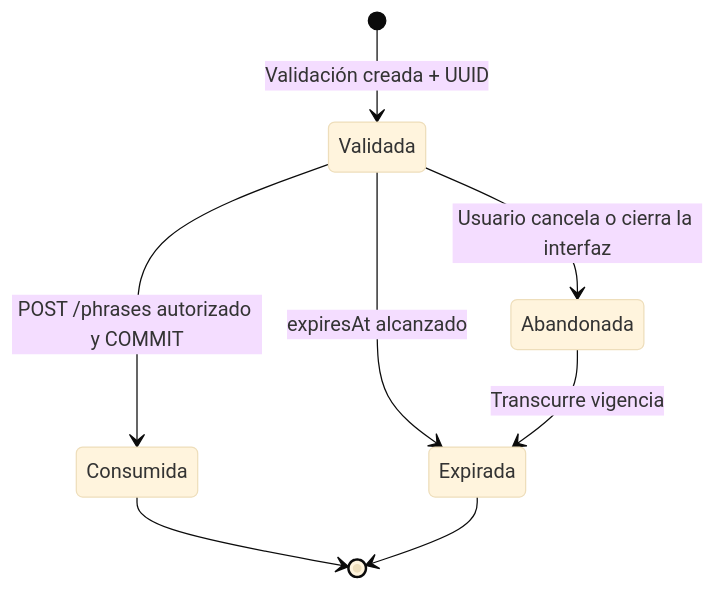
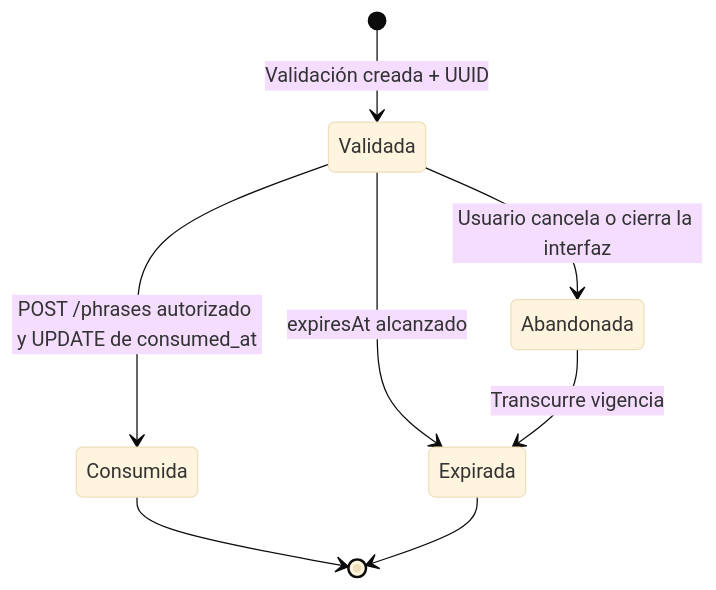
Before and after one commit to eduardoquispe/semantic-phrase-app: the third of 3 diagrams in docs/03-architecture/06-api-security.md, drawn with Mermaid (base theme). The commit also changed other lines of this file and 13 other files, not shown here.

````diff
--- a/docs/03-architecture/06-api-security.md
+++ b/docs/03-architecture/06-api-security.md
@@ -306,10 +300,10 @@
 ```mermaid
 stateDiagram-v2
     [*] --> Validada: Validación creada + UUID
     Validada --> Expirada: expiresAt alcanzado
-    Validada --> Consumida: POST /phrases autorizado y COMMIT
+    Validada --> Consumida: POST /phrases autorizado y UPDATE de consumed_at
     Validada --> Abandonada: Usuario cancela o cierra la interfaz
     Abandonada --> Expirada: Transcurre vigencia
     Consumida --> [*]
     Expirada --> [*]
 ```
````
